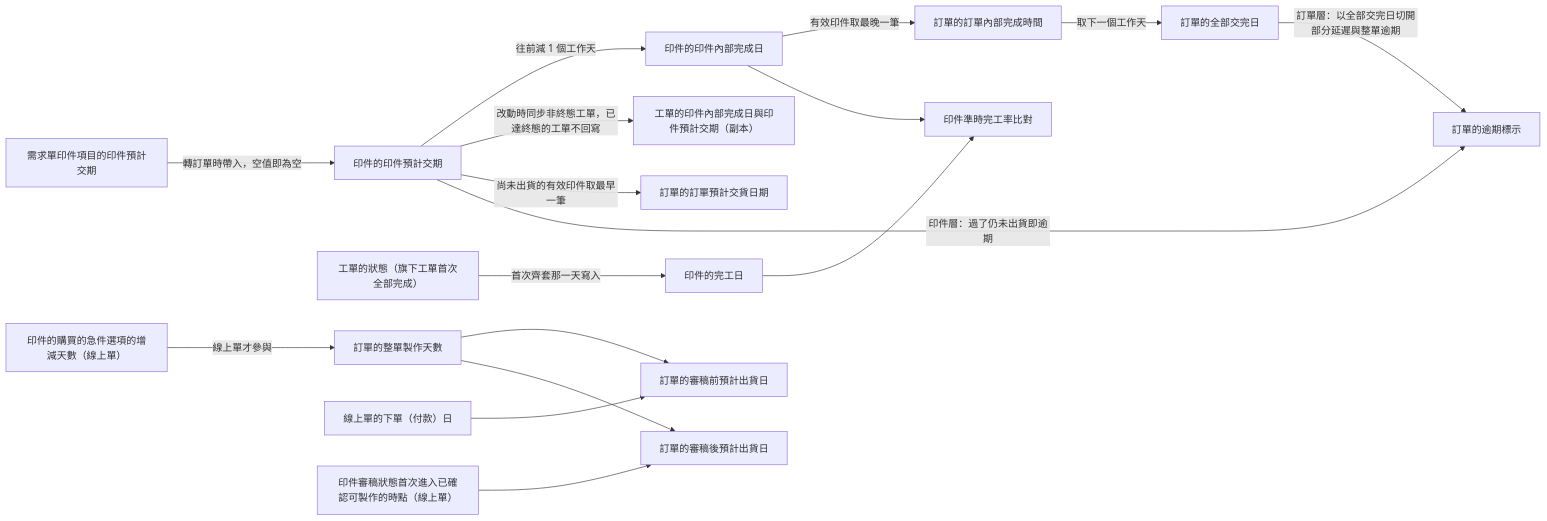
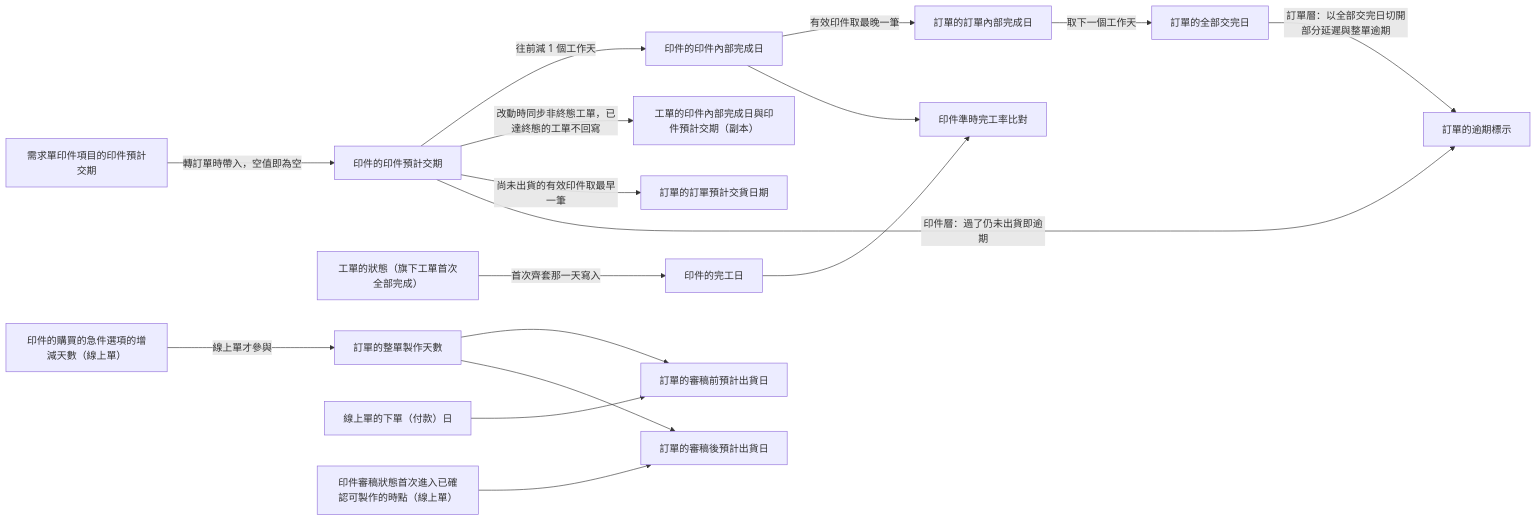
The fourth of 6 diagrams in memory/Sens_wiki/wiki/erp/05-entities/訂單領域資料結構總覽.md (Kawato-Miles/erp-spec), drawn with Mermaid before and after one commit. The commit also changed 25 other files, not shown here.

````diff
--- a/memory/Sens_wiki/wiki/erp/05-entities/訂單領域資料結構總覽.md
+++ b/memory/Sens_wiki/wiki/erp/05-entities/訂單領域資料結構總覽.md
@@ -97,19 +97,19 @@
 ```mermaid
 flowchart LR
     B2["需求單印件項目的印件預計交期"] -->|"轉訂單時帶入，空值即為空"| B9["印件的印件預計交期"]
     B9 -->|"往前減 1 個工作天"| B7["印件的印件內部完成日"]
     B9 -->|"改動時同步非終態工單，已達終態的工單不回寫"| B8["工單的印件內部完成日與印件預計交期（副本）"]
-    B7 -->|"有效印件取最晚一筆"| B11["訂單的訂單內部完成時間"]
+    B7 -->|"有效印件取最晚一筆"| B11["訂單的訂單內部完成日"]
     B11 -->|"取下一個工作天"| B12["訂單的全部交完日"]
     B9 -->|"尚未出貨的有效印件取最早一筆"| B13["訂單的訂單預計交貨日期"]
     B9 -->|"印件層：過了仍未出貨即逾期"| B14["訂單的逾期標示"]
     B12 -->|"訂單層：以全部交完日切開部分延遲與整單逾期"| B14
     B15["工單的狀態（旗下工單首次全部完成）"] -->|"首次齊套那一天寫入"| B16["印件的完工日"]
     B16 --> B17["印件準時完工率比對"]
     B7 --> B17
     O1["印件的購買的急件選項的增減天數（線上單）"] -->|"線上單才參與"| O2["訂單的整單製作天數"]
     O3["線上單的下單（付款）日"] --> O4["訂單的審稿前預計出貨日"]
     O2 --> O4
     O5["印件審稿狀態首次進入已確認可製作的時點（線上單）"] --> O6["訂單的審稿後預計出貨日"]
     O2 --> O6
 ```
````
